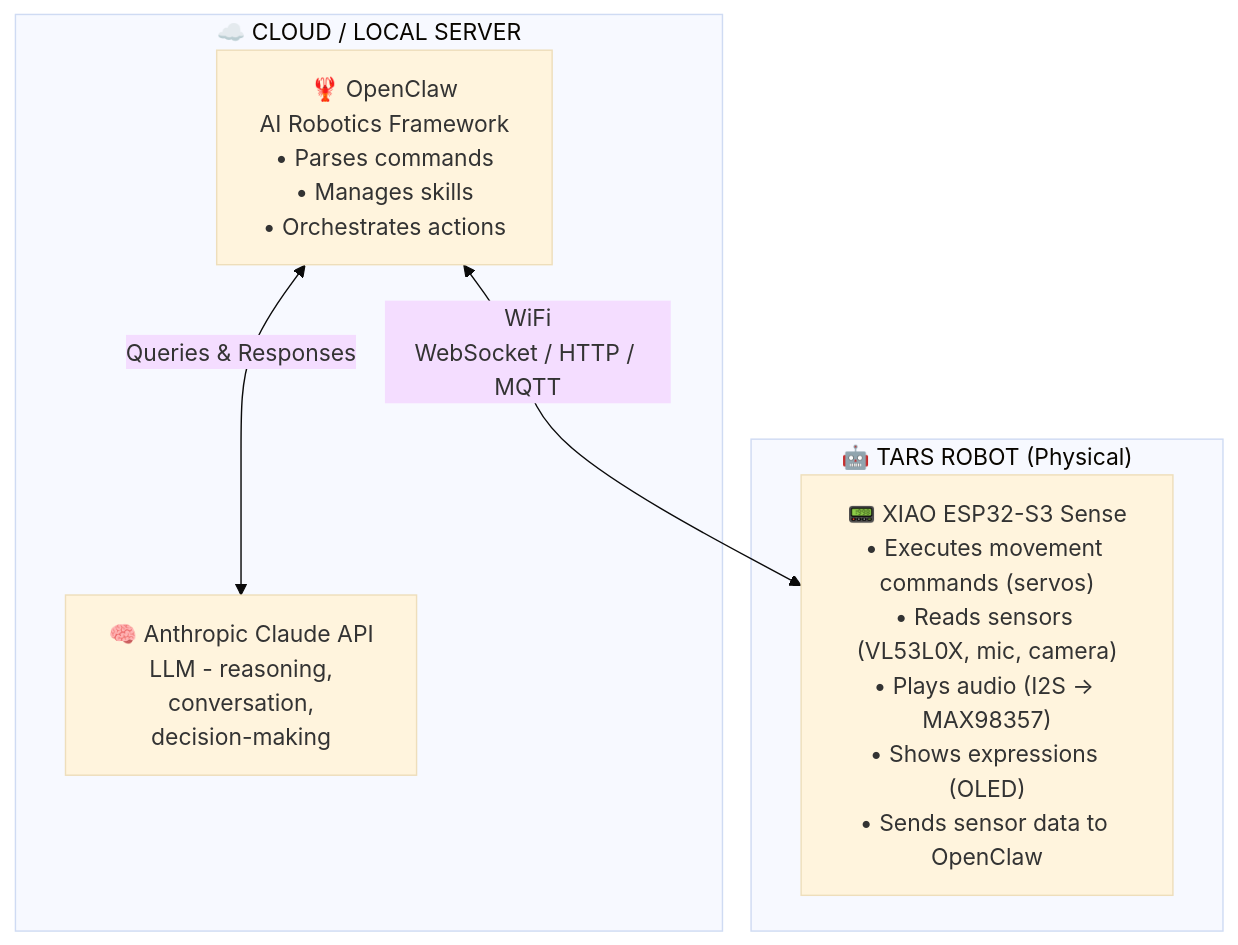
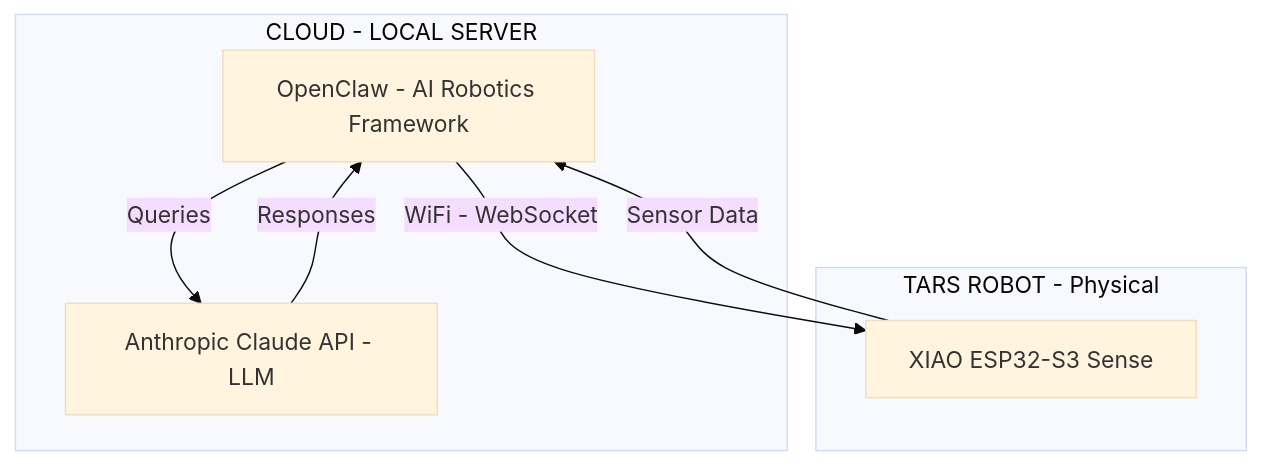
Before and after one commit to zabbix-byte/real-tars: the first of 8 diagrams in README.md, drawn with Mermaid (base theme). The commit also changed other lines of this file and 2 other files, not shown here.

Commit message:
refactor: update architecture diagrams and component descriptions in README files

````diff
--- a/README.md
+++ b/README.md
@@ -40,14 +40,16 @@
 ```mermaid
 graph TB
-    subgraph CLOUD["☁️ CLOUD / LOCAL SERVER"]
-        OC["🦞 OpenClaw<br/>AI Robotics Framework<br/>• Parses commands<br/>• Manages skills<br/>• Orchestrates actions"]
-        CL["🧠 Anthropic Claude API<br/>LLM - reasoning,<br/>conversation,<br/>decision-making"]
-        OC <-->|"Queries & Responses"| CL
+    subgraph CLOUD["CLOUD - LOCAL SERVER"]
+        OC["OpenClaw - AI Robotics Framework"]
+        CL["Anthropic Claude API - LLM"]
+        OC -->|"Queries"| CL
+        CL -->|"Responses"| OC
     end
 
-    subgraph ROBOT["🤖 TARS ROBOT (Physical)"]
-        ESP["📟 XIAO ESP32-S3 Sense<br/>• Executes movement commands (servos)<br/>• Reads sensors (VL53L0X, mic, camera)<br/>• Plays audio (I2S → MAX98357)<br/>• Shows expressions (OLED)<br/>• Sends sensor data to OpenClaw"]
+    subgraph ROBOT["TARS ROBOT - Physical"]
+        ESP["XIAO ESP32-S3 Sense"]
     end
 
-    OC <-->|"WiFi<br/>WebSocket / HTTP / MQTT"| ESP
+    OC -->|"WiFi - WebSocket"| ESP
+    ESP -->|"Sensor Data"| OC
 ```
````
